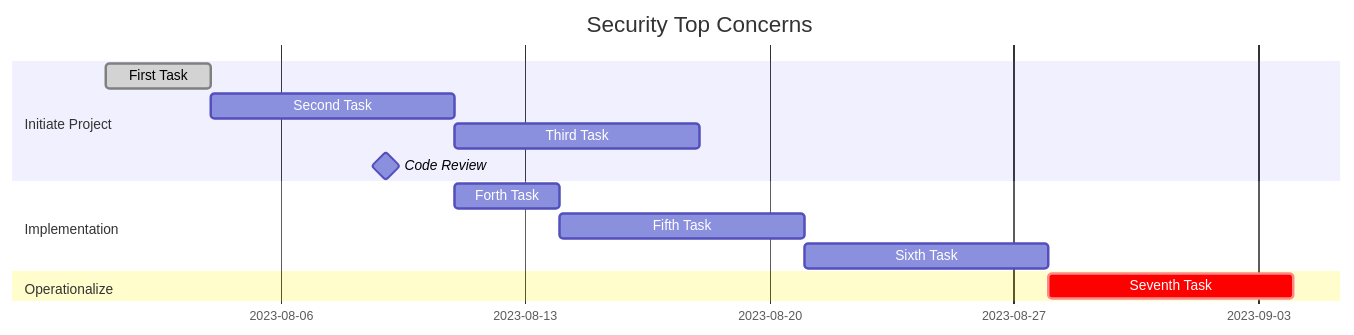
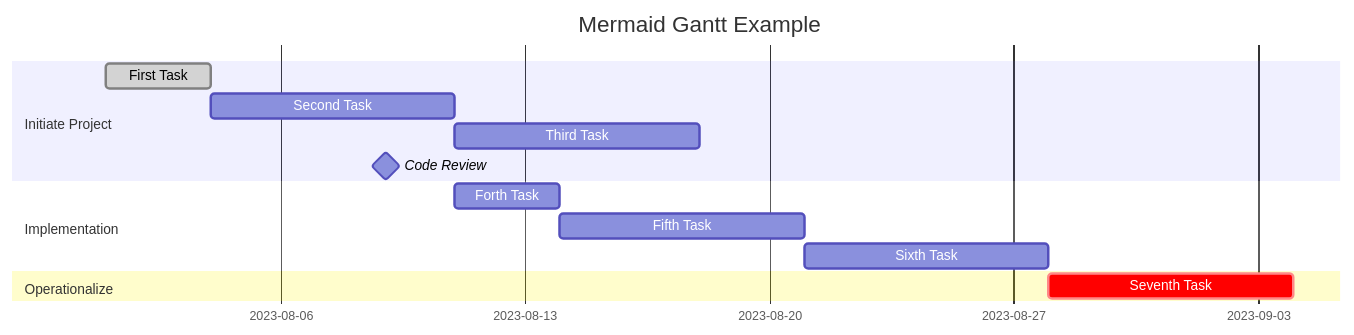
The fourth of 6 diagrams in MermaidExamples.md (stahler/MermaidDiagrams), drawn with Mermaid before and after one commit. The commit also changed other lines of this file, not shown here.

Commit message:
Add complex Pie Chart

````diff
--- a/MermaidExamples.md
+++ b/MermaidExamples.md
@@ -91,22 +91,22 @@
 ```mermaid
 gantt
-    title Security Top Concerns
+    title Mermaid Gantt Example
     dateFormat  YYYY-MM-DD
     tickinterval 1week
     todayMarker on
     %% excludes Weekends
 
     section Initiate Project
     First Task  :done, t1, 2023-08-01, 3d
     Second Task :t2, after t1, 1w
     Third Task  :after t2, 1w
     Code Review :milestone, 2023-08-09, 0d
 
     section Implementation
     Forth Task  :t4, after t2, 3d
     Fifth Task  :t5, after t4, 1w
     Sixth Task  :t6, after t5, 1w
 
     section Operationalize
     Seventh Task  :crit, after t6, 1w
 ```
````
